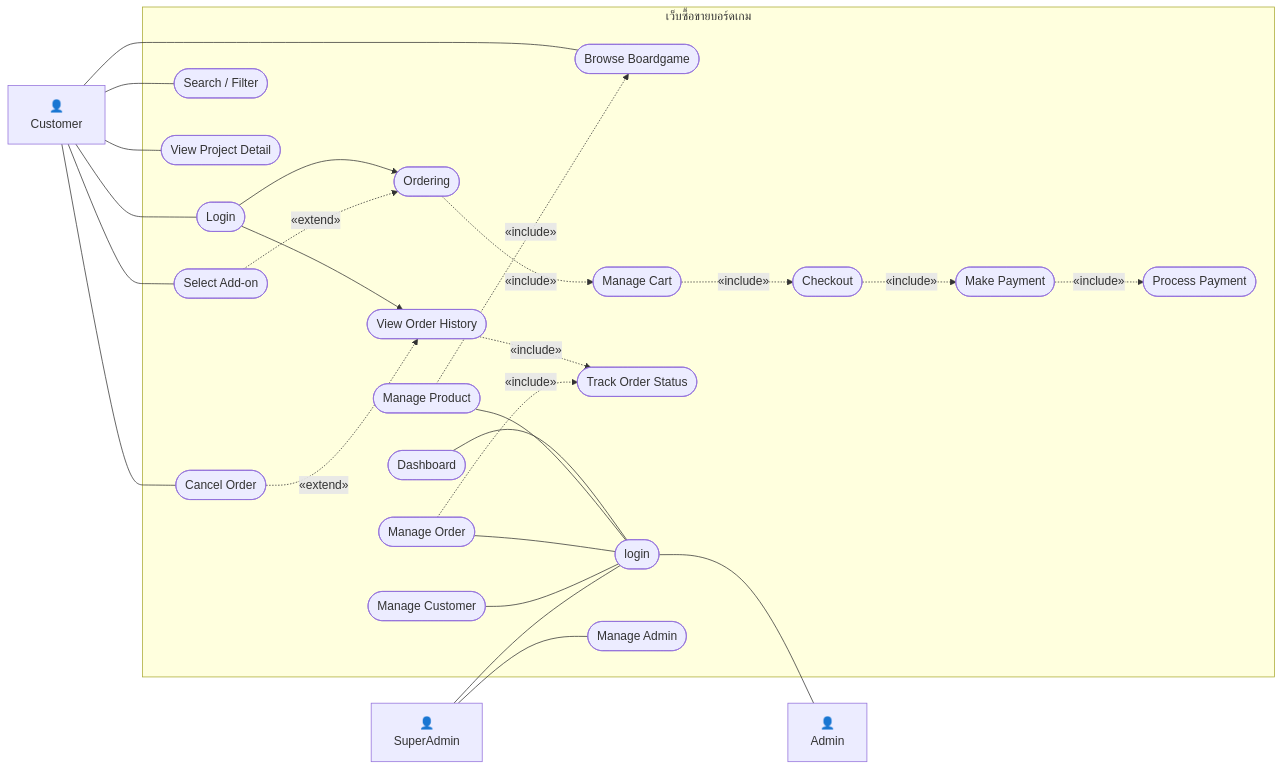
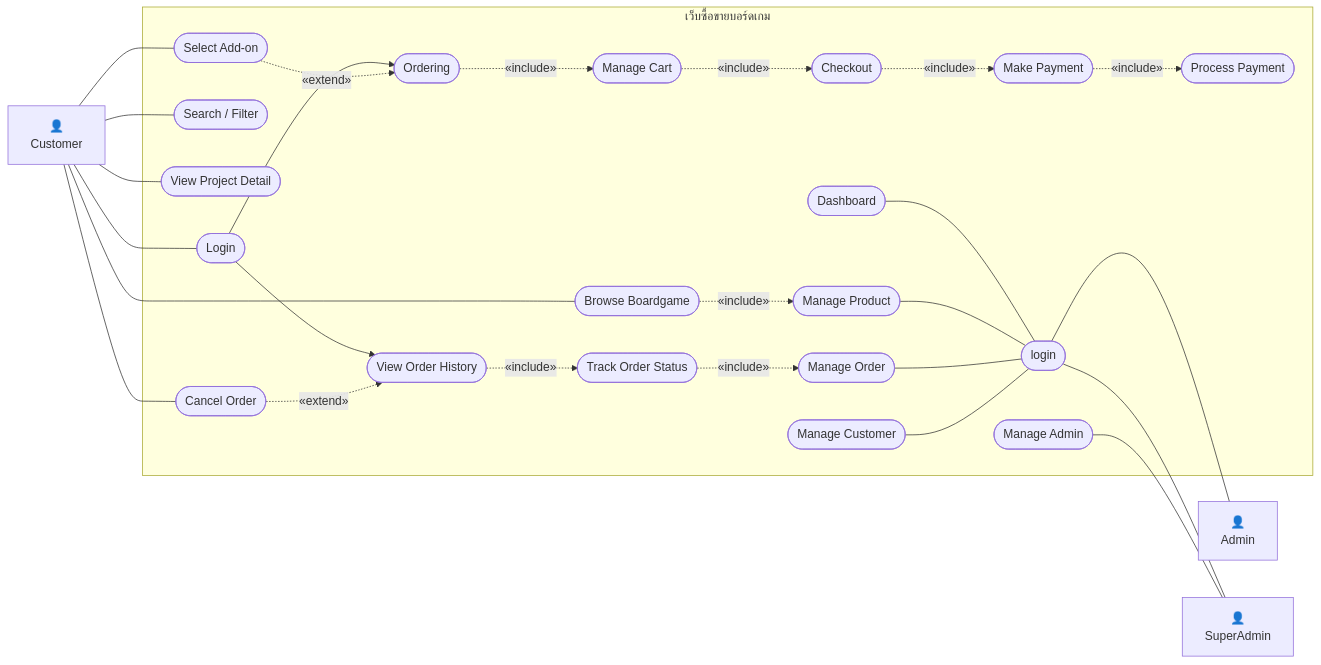
The first of 4 diagrams in README.md (PurivatHewkao/BoardHouse), drawn with Mermaid before and after one commit.

````diff
--- a/README.md
+++ b/README.md
@@ -138,64 +138,64 @@
 ```mermaid
 flowchart LR
     Customer["👤<br/>Customer"]
 
     Admin["👤<br/>Admin"]
     SuperAdmin["👤<br/>SuperAdmin"]
 
     subgraph System["เว็บซื้อขายบอร์ดเกม"]
         Browse([Browse Boardgame])
         LoginCustomer([Login])
         Search([Search / Filter])
         Detail([View Project Detail])
 
         Ordering([Ordering])
         Cart([Manage Cart])
         Addon([Select Add-on])
         Checkout([Checkout])
         Payment([Make Payment])
         ProcessPayment([Process Payment])
 
         History([View Order History])
         Track([Track Order Status])
         Cancel([Cancel Order])
 
         AdminLogin([login])
         Dashboard([Dashboard])
         ManageProduct([Manage Product])
         ManageOrder([Manage Order])
         ManageCustomer([Manage Customer])
         ManageAdmin([Manage Admin])
     end
 
     Customer --- Browse
     Customer --- LoginCustomer
     Customer ---Search
     Customer --- Detail
     Customer --- Addon
     Customer --- Cancel
 
     LoginCustomer --> Ordering
     LoginCustomer --> History
 
     Ordering -.->|«include»| Cart
     Addon -.->|«extend»| Ordering
     Cart -.->|«include»| Checkout
     Checkout -.->|«include»| Payment
     Payment -.->|«include»| ProcessPayment
 
     History -.->|«include»| Track
     Cancel -.->|«extend»| History
 
     AdminLogin --- Admin
     Dashboard --- AdminLogin
     ManageProduct --- AdminLogin
     ManageOrder --- AdminLogin
     ManageCustomer --- AdminLogin
 
-    ManageOrder -.->|«include»| Track
-    ManageProduct -.->|«include»| Browse
+    Track-.->|«include»| ManageOrder
+    Browse -.->|«include»| ManageProduct
 
-    SuperAdmin --- AdminLogin
-    SuperAdmin --- ManageAdmin
+    AdminLogin --- SuperAdmin
+    ManageAdmin --- SuperAdmin
 
 ```
````
